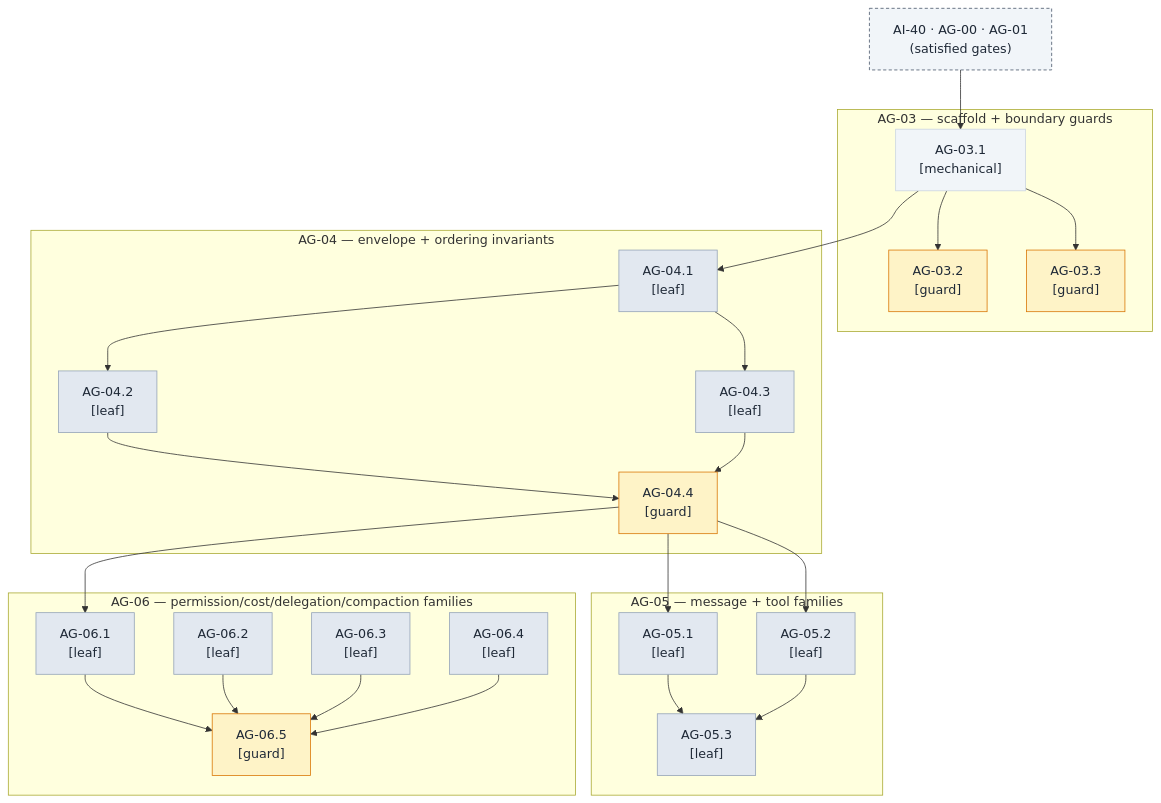
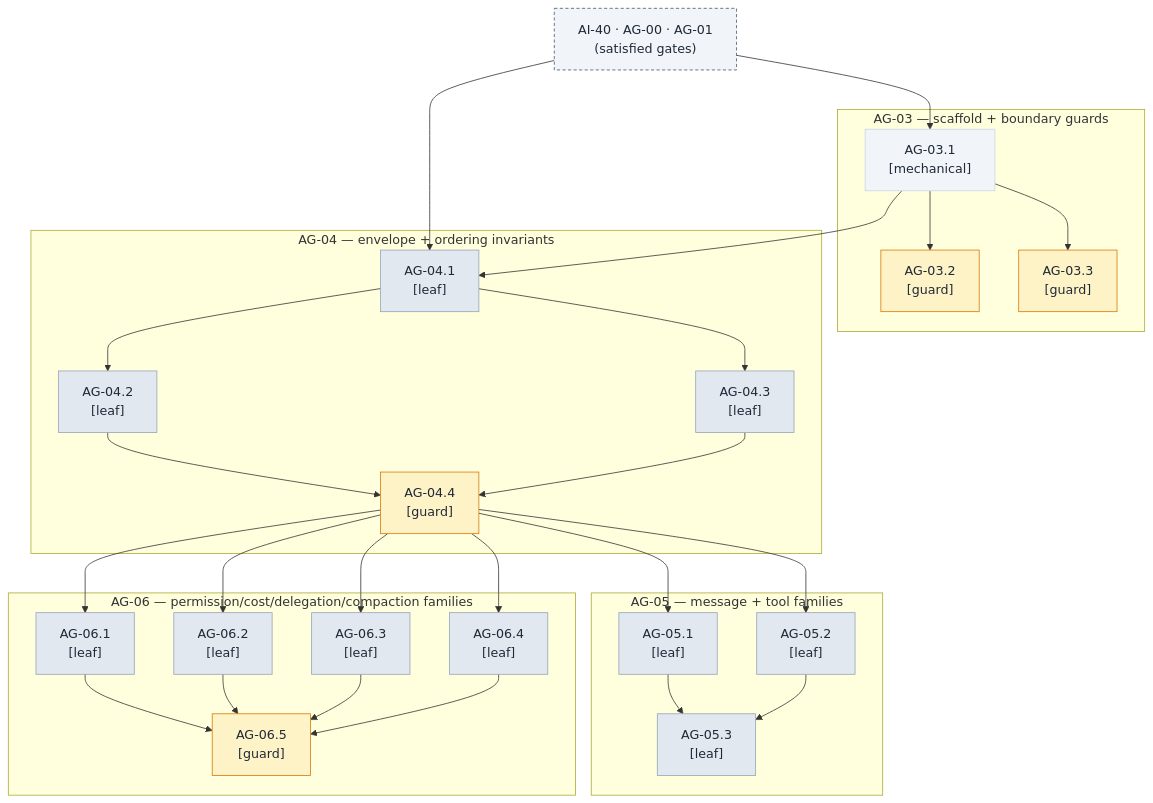
Before and after one commit to witsaba/cachicamas: the third of 28 diagrams in docs/architecture/milestones/0003-cachicamas-agent-layer-2-task-graph.md, drawn with Mermaid. The commit also changed other lines of this file, not shown here.

````diff
--- a/docs/architecture/milestones/0003-cachicamas-agent-layer-2-task-graph.md
+++ b/docs/architecture/milestones/0003-cachicamas-agent-layer-2-task-graph.md
@@ -269,55 +269,59 @@
 ```mermaid
 flowchart TB
     GATE["AI-40 · AG-00 · AG-01<br/>(satisfied gates)"]
     subgraph AG03["AG-03 — scaffold + boundary guards"]
         AG03_1["AG-03.1<br/>[mechanical]"]
         AG03_2["AG-03.2<br/>[guard]"]
         AG03_3["AG-03.3<br/>[guard]"]
         AG03_1 --> AG03_2
         AG03_1 --> AG03_3
     end
     subgraph AG04["AG-04 — envelope + ordering invariants"]
         AG04_1["AG-04.1<br/>[leaf]"]
         AG04_2["AG-04.2<br/>[leaf]"]
         AG04_3["AG-04.3<br/>[leaf]"]
         AG04_4["AG-04.4<br/>[guard]"]
         AG04_1 --> AG04_2
         AG04_1 --> AG04_3
         AG04_2 --> AG04_4
         AG04_3 --> AG04_4
     end
     subgraph AG05["AG-05 — message + tool families"]
         AG05_1["AG-05.1<br/>[leaf]"]
         AG05_2["AG-05.2<br/>[leaf]"]
         AG05_3["AG-05.3<br/>[leaf]"]
         AG05_1 --> AG05_3
         AG05_2 --> AG05_3
     end
     subgraph AG06["AG-06 — permission/cost/delegation/compaction families"]
         AG06_1["AG-06.1<br/>[leaf]"]
         AG06_2["AG-06.2<br/>[leaf]"]
         AG06_3["AG-06.3<br/>[leaf]"]
         AG06_4["AG-06.4<br/>[leaf]"]
         AG06_5["AG-06.5<br/>[guard]"]
         AG06_1 --> AG06_5
         AG06_2 --> AG06_5
         AG06_3 --> AG06_5
         AG06_4 --> AG06_5
     end
     GATE --> AG03_1
+    GATE --> AG04_1
     AG03_1 --> AG04_1
     AG04_4 --> AG05_1
     AG04_4 --> AG05_2
     AG04_4 --> AG06_1
+    AG04_4 --> AG06_2
+    AG04_4 --> AG06_3
+    AG04_4 --> AG06_4
 
     classDef leaf fill:#e2e8f0,stroke:#94a3b8,color:#1f2937
     classDef guard fill:#fef3c7,stroke:#d97706,color:#1f2937
     classDef decision fill:#ede9fe,stroke:#8b5cf6,color:#1f2937
     classDef mechanical fill:#f1f5f9,stroke:#cbd5e1,color:#1f2937
     classDef compound fill:#ccfbf1,stroke:#14b8a6,color:#1f2937
     classDef gate fill:#f1f5f9,stroke:#475569,color:#1f2937,stroke-dasharray: 4 3
     class AG04_1,AG04_2,AG04_3,AG05_1,AG05_2,AG05_3,AG06_1,AG06_2,AG06_3,AG06_4 leaf
     class AG03_2,AG03_3,AG04_4,AG06_5 guard
     class AG03_1 mechanical
     class GATE gate
 ```
````
